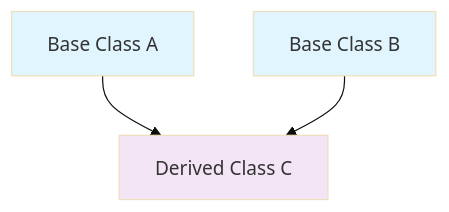
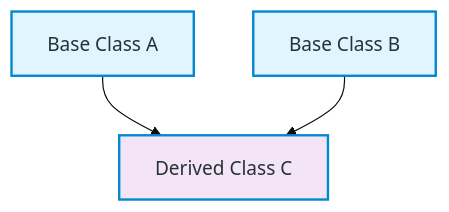
The fifth of 9 diagrams in OOPS/Inheritance/Inheritance_Types_Complete_Guide.md (joyandrew-github/DSA_CPP), drawn with Mermaid (base theme) before and after one commit. The commit also changed other lines of this file, not shown here.

First line of the commit message:
docs: fix mermaid diagram colors for visibility

````diff
--- a/OOPS/Inheritance/Inheritance_Types_Complete_Guide.md
+++ b/OOPS/Inheritance/Inheritance_Types_Complete_Guide.md
@@ -245,8 +264,11 @@
 ```mermaid
 graph TD
     A[Base Class A] --> C[Derived Class C]
     B[Base Class B] --> C
-    style A fill:#e1f5fe
-    style B fill:#e1f5fe
-    style C fill:#f3e5f5
+    
+    classDef baseClass fill:#E1F5FE,color:#263238,stroke:#0288D1,stroke-width:2px
+    classDef derivedClass fill:#F3E5F5,color:#263238,stroke:#0288D1,stroke-width:2px
+    
+    class A,B baseClass
+    class C derivedClass
 ```
````
